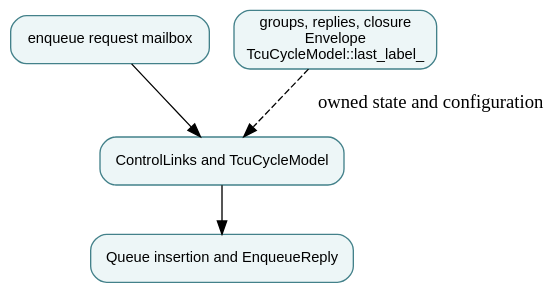
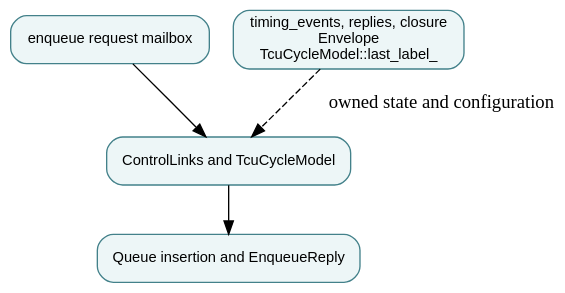
The diagram in docs/modules/queue-enqueue.md (qsbit-org/qsbit-sim), drawn with Graphviz before and after one commit. The commit also changed other lines of this file and 92 other files, not shown here.

````diff
--- a/docs/modules/queue-enqueue.md
+++ b/docs/modules/queue-enqueue.md
@@ -14,11 +14,11 @@
 ```{graphviz}
 digraph module {
   rankdir=TB; bgcolor="transparent";
   node [shape=box, style="rounded,filled", fillcolor="#edf6f7", color="#43818a", fontname="sans-serif", fontsize=11];
   input [label="enqueue request mailbox"];
   owner [label="ControlLinks and TcuCycleModel"];
-  state [label="groups, replies, closure\nEnvelope\nTcuCycleModel::last_label_"];
+  state [label="timing_events, replies, closure\nEnvelope\nTcuCycleModel::last_label_"];
   output [label="Queue insertion and EnqueueReply"];
   input -> owner; owner -> output; state -> owner [style=dashed, label="owned state and configuration"];
 }
 ```
````
